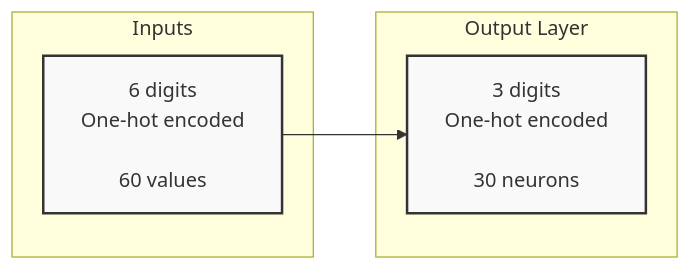
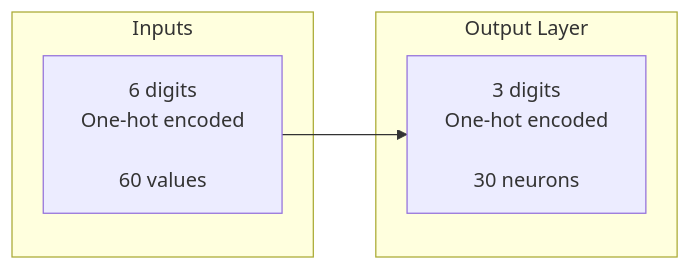
The first of 2 diagrams in docs/research/threedigit-notes.md (chrismerck/chrismerck.github.io), drawn with Mermaid before and after one commit. The commit also changed other lines of this file and 2 other files, not shown here.

````diff
--- a/docs/research/threedigit-notes.md
+++ b/docs/research/threedigit-notes.md
@@ -83,15 +83,12 @@
 ```mermaid
 graph LR
     subgraph Inputs
         I[6 digits<br/>One-hot encoded<br/><br/>60 values]
     end
     
     subgraph Output Layer
         O[3 digits<br/>One-hot encoded<br/><br/>30 neurons]
     end
     
     I --> O
-    
-    style I fill:#f9f9f9,stroke:#333,stroke-width:2px
-    style O fill:#f9f9f9,stroke:#333,stroke-width:2px
 ```
````
